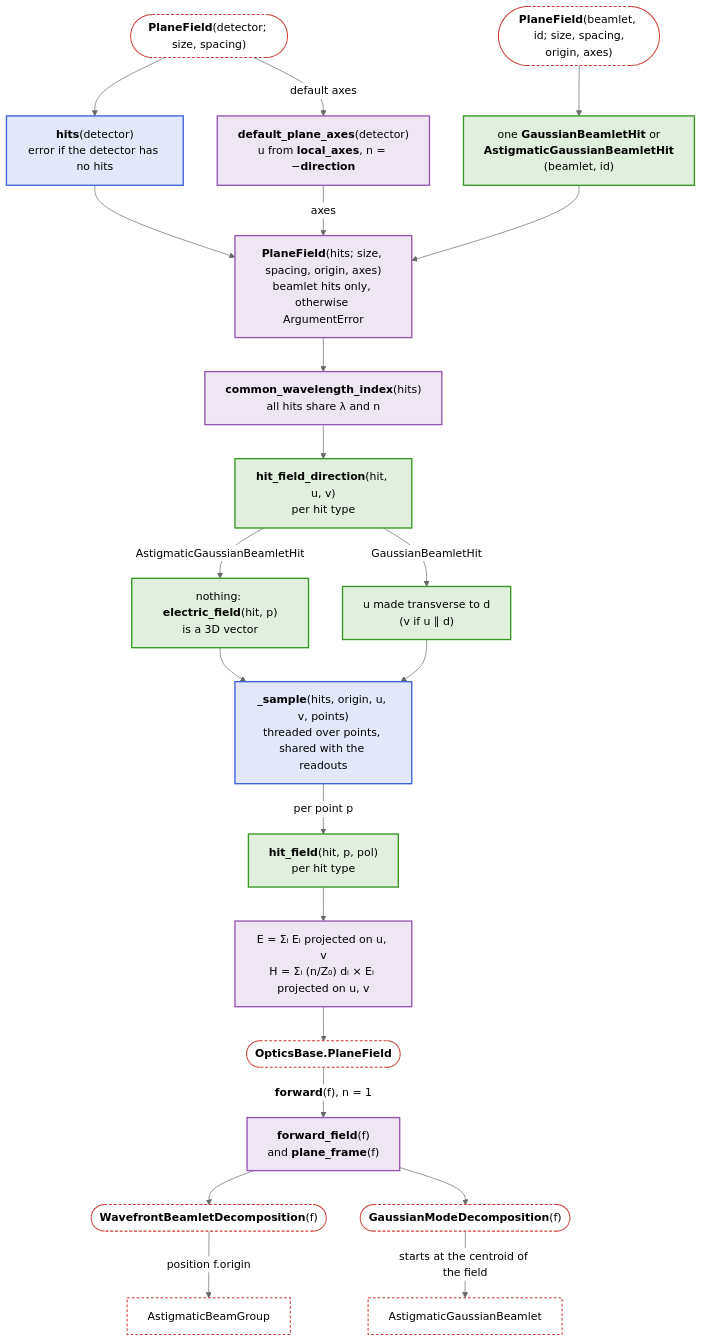
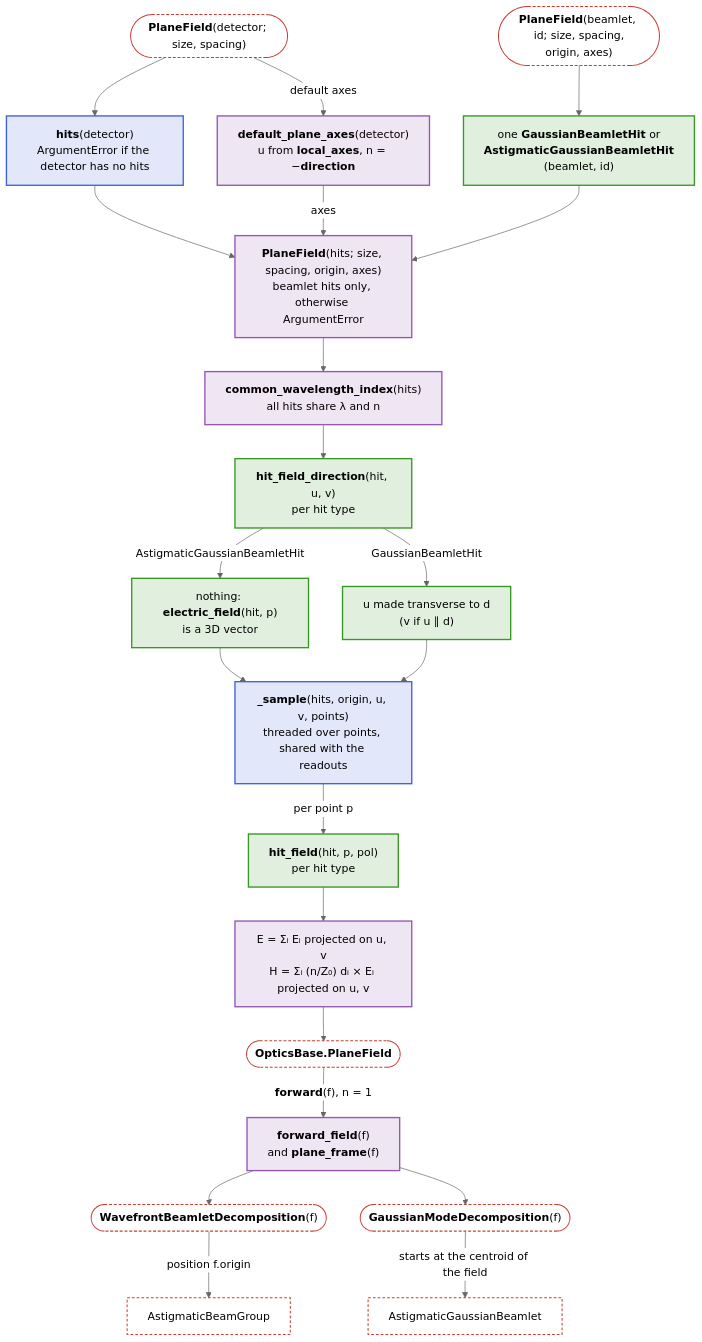
One commit to JuliaPhysics/BeamletOptics.jl changed the third of 3 diagrams in docs/src/basics/components/detectors.md. Above: the diagram before and after it, drawn with Mermaid (neutral theme). The commit also changed 2 other files, not shown here.

Commit message:
Review: PlaneField throws ArgumentError for a detector without hits
E1: an empty detector is invalid input for PlaneField, like its other
invalid inputs, which already throw ArgumentError (F11, round 2).

````diff
--- a/docs/src/basics/components/detectors.md
+++ b/docs/src/basics/components/detectors.md
@@ -215,33 +215,33 @@
 ```mermaid
 flowchart TB
-    DET(["<b>PlaneField</b>(detector; size, spacing)"]) --> DH["<b>hits</b>(detector)<br/>error if the detector has no hits"]
+    DET(["<b>PlaneField</b>(detector; size, spacing)"]) --> DH["<b>hits</b>(detector)<br/>ArgumentError if the detector has no hits"]
     DET -- "default axes" --> DA["<b>default_plane_axes</b>(detector)<br/>u from <b>local_axes</b>, n = −<b>direction</b>"]
     BEAM(["<b>PlaneField</b>(beamlet, id; size, spacing,<br/>origin, axes)"]) --> OH["one <b>GaussianBeamletHit</b> or<br/><b>AstigmaticGaussianBeamletHit</b><br/>(beamlet, id)"]
     DH --> PH
     DA -- "axes" --> PH
     OH --> PH
     PH["<b>PlaneField</b>(hits; size, spacing, origin, axes)<br/>beamlet hits only, otherwise ArgumentError"]
     PH --> CW["<b>common_wavelength_index</b>(hits)<br/>all hits share λ and n"]
     CW --> HFD["<b>hit_field_direction</b>(hit, u, v)<br/>per hit type"]
     HFD -- AstigmaticGaussianBeamletHit --> HA["nothing: <b>electric_field</b>(hit, p)<br/>is a 3D vector"]
     HFD -- GaussianBeamletHit --> HG["u made transverse to d<br/>(v if u ∥ d)"]
     HA --> SM["<b>_sample</b>(hits, origin, u, v, points)<br/>threaded over points, shared with the readouts"]
     HG --> SM
     SM -- "per point p" --> HF["<b>hit_field</b>(hit, p, pol)<br/>per hit type"]
     HF --> EH["E = Σᵢ Eᵢ projected on u, v<br/>H = Σᵢ (n/Z₀) dᵢ × Eᵢ projected on u, v"]
     EH --> PF(["<b>OpticsBase.PlaneField</b>"])
     PF -- "<b>forward</b>(f), n = 1" --> FF["<b>forward_field</b>(f)<br/>and <b>plane_frame</b>(f)"]
     FF --> WD(["<b>WavefrontBeamletDecomposition</b>(f)"])
     FF --> GD(["<b>GaussianModeDecomposition</b>(f)"])
     WD -- "position f.origin" --> BG["AstigmaticBeamGroup"]
     GD -- "starts at the centroid of the field" --> AB["AstigmaticGaussianBeamlet"]
 
     classDef blue fill:#4063D826,stroke:#4063D8,stroke-width:2px
     classDef green fill:#38982626,stroke:#389826,stroke-width:2px
     classDef purple fill:#9558B226,stroke:#9558B2,stroke-width:2px
     classDef terminal fill:transparent,stroke:#CB3C33,stroke-width:1.5px,stroke-dasharray:4 3
     class DH,SM blue
     class OH,HFD,HA,HG,HF green
     class DA,PH,CW,EH,FF purple
     class DET,BEAM,PF,WD,GD,BG,AB terminal
 ```
````
